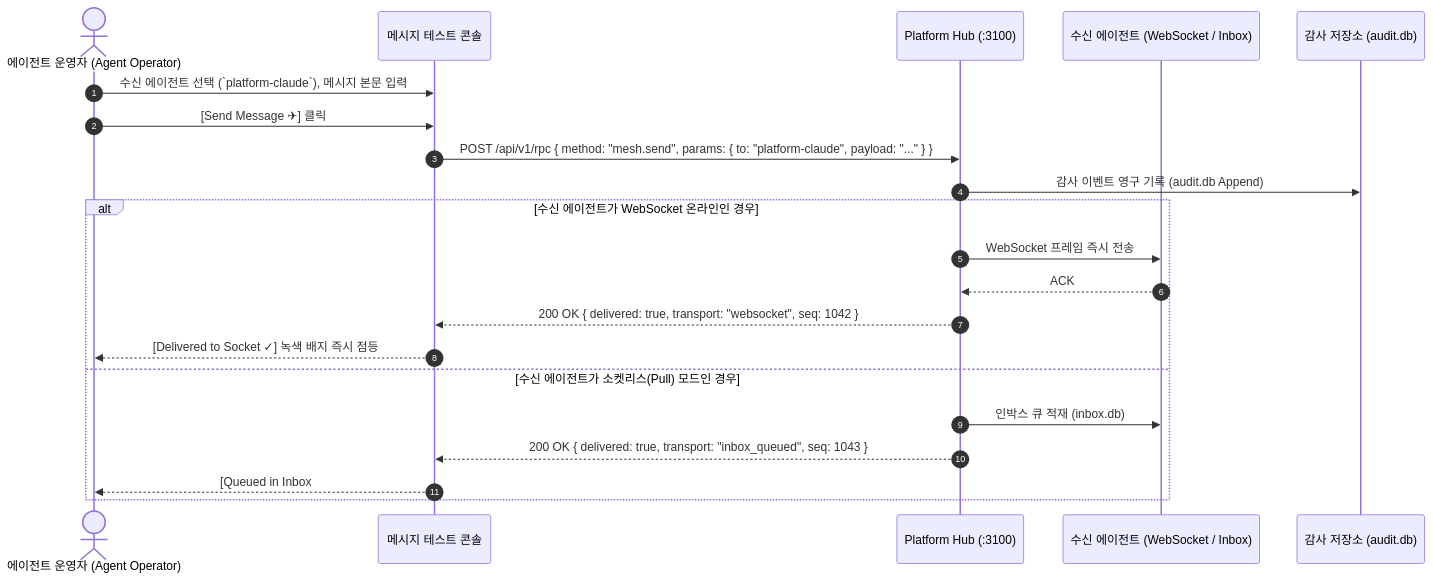
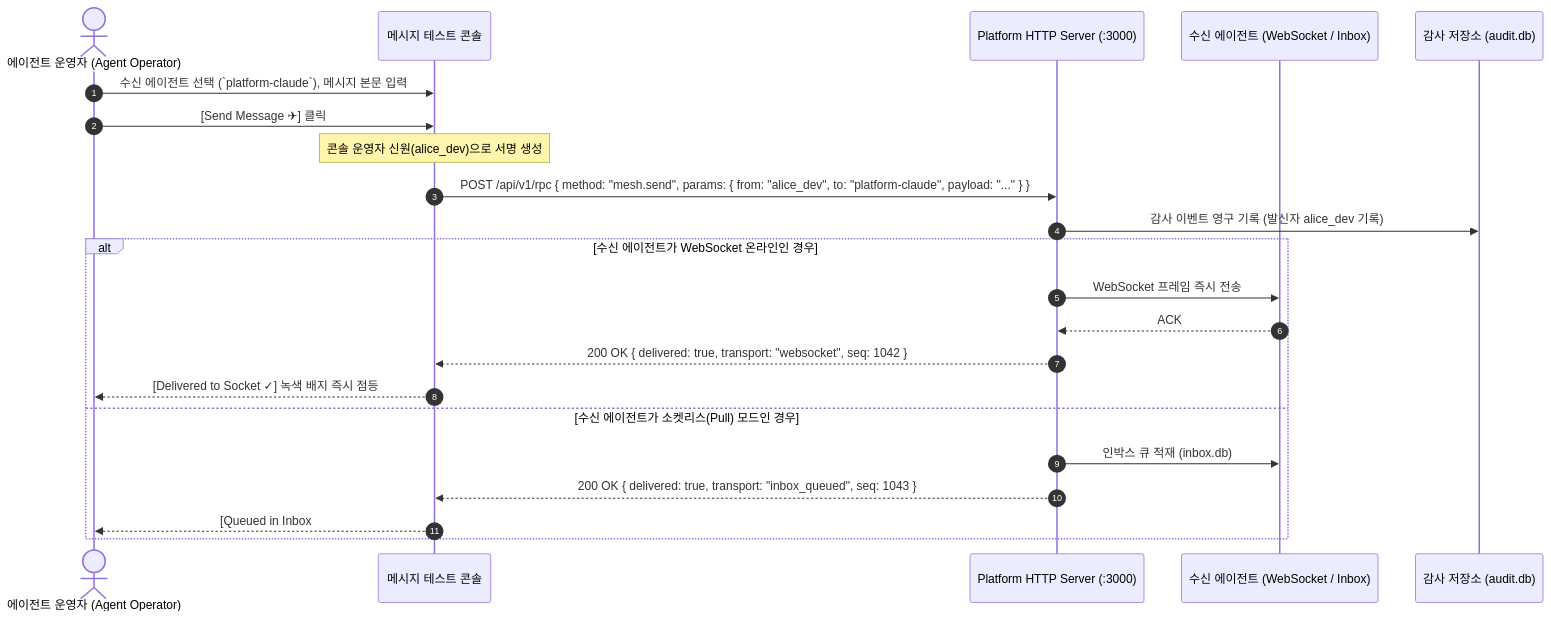
One commit to sir-mirr/agent-mesh-platform changed the sixth of 6 diagrams in docs/operator-functional-spec.md. Above: the diagram before and after it, drawn with Mermaid. The commit also changed other lines of this file, not shown here.

Commit message:
docs: incorporate platform-claude feedback into operator functional spec v2.0

````diff
--- a/docs/operator-functional-spec.md
+++ b/docs/operator-functional-spec.md
@@ -162,26 +180,27 @@
 ```mermaid
 sequenceDiagram
     autonumber
     actor Operator as 에이전트 운영자 (Agent Operator)
     participant UI as 메시지 테스트 콘솔
-    participant Hub as Platform Hub (:3100)
+    participant HTTP as Platform HTTP Server (:3000)
     participant Target as 수신 에이전트 (WebSocket / Inbox)
     participant Audit as 감사 저장소 (audit.db)
 
     Operator->>UI: 수신 에이전트 선택 (`platform-claude`), 메시지 본문 입력
     Operator->>UI: [Send Message ✈] 클릭
-    UI->>Hub: POST /api/v1/rpc { method: "mesh.send", params: { to: "platform-claude", payload: "..." } }
+    Note over UI: 콘솔 운영자 신원(alice_dev)으로 서명 생성
+    UI->>HTTP: POST /api/v1/rpc { method: "mesh.send", params: { from: "alice_dev", to: "platform-claude", payload: "..." } }
     
-    Hub->>Audit: 감사 이벤트 영구 기록 (audit.db Append)
+    HTTP->>Audit: 감사 이벤트 영구 기록 (발신자 alice_dev 기록)
     
     alt 수신 에이전트가 WebSocket 온라인인 경우
-        Hub->>Target: WebSocket 프레임 즉시 전송
-        Target-->>Hub: ACK
-        Hub-->>UI: 200 OK { delivered: true, transport: "websocket", seq: 1042 }
+        HTTP->>Target: WebSocket 프레임 즉시 전송
+        Target-->>HTTP: ACK
+        HTTP-->>UI: 200 OK { delivered: true, transport: "websocket", seq: 1042 }
         UI-->>Operator: [Delivered to Socket ✓] 녹색 배지 즉시 점등
     else 수신 에이전트가 소켓리스(Pull) 모드인 경우
-        Hub->>Target: 인박스 큐 적재 (inbox.db)
-        Hub-->>UI: 200 OK { delivered: true, transport: "inbox_queued", seq: 1043 }
+        HTTP->>Target: 인박스 큐 적재 (inbox.db)
+        HTTP-->>UI: 200 OK { delivered: true, transport: "inbox_queued", seq: 1043 }
         UI-->>Operator: [Queued in Inbox #1043 ⚡] 블루 배지 즉시 점등
     end
 ```
````
